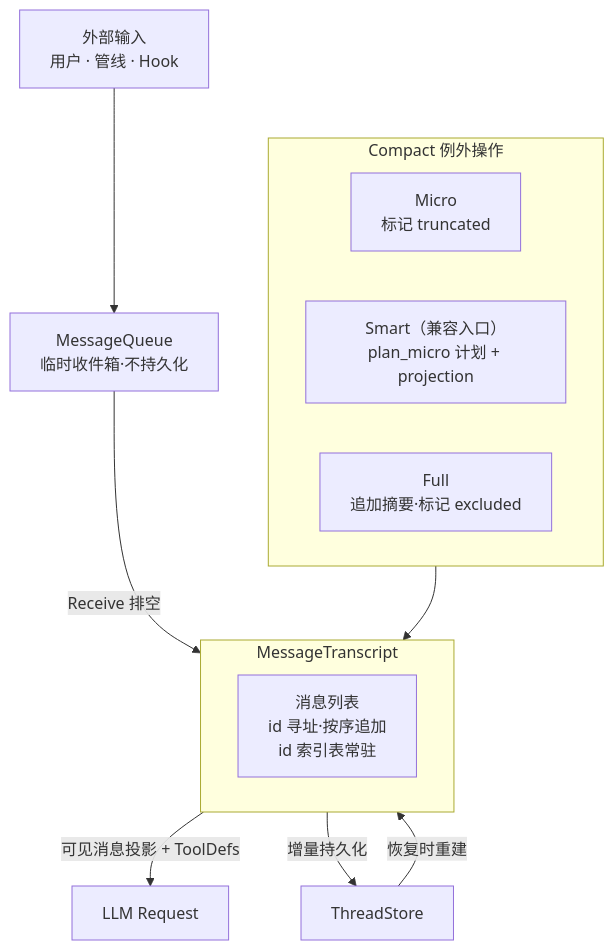
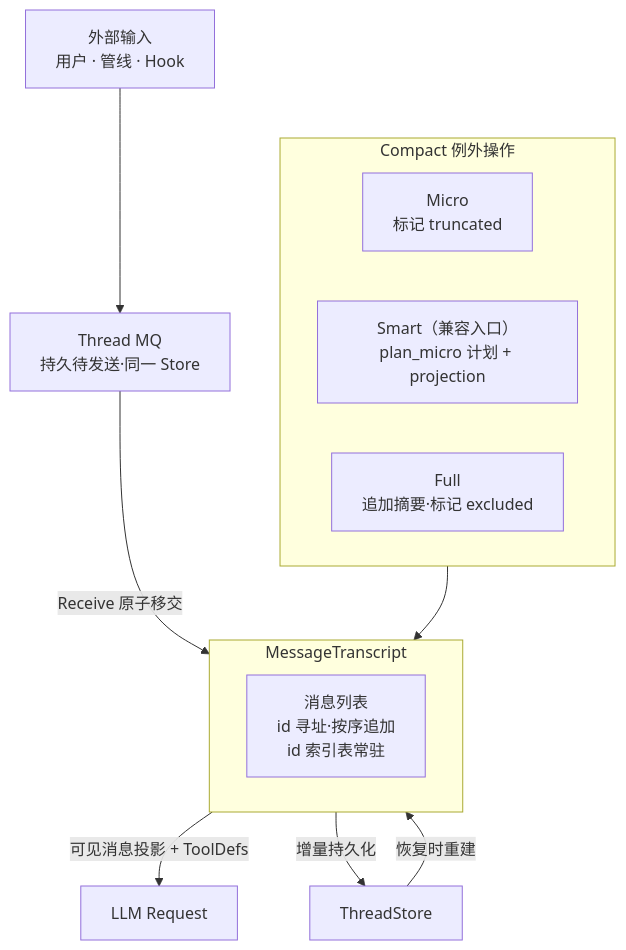
The diagram in docs/design/message-transcript.md (KonghaYao/peri), drawn with Mermaid before and after one commit. The commit also changed other lines of this file and 325 other files, not shown here.

First line of the commit message:
feat(session): Thread MQ 持久收件箱、会话工作意图与进入时恢复 (#330)

````diff
--- a/docs/design/message-transcript.md
+++ b/docs/design/message-transcript.md
@@ -22,24 +22,24 @@
 ```mermaid
 graph TB
     EXT["外部输入<br/>用户 · 管线 · Hook"]
     EXT --> MQ
 
-    MQ["MessageQueue<br/>临时收件箱·不持久化"] -->|"Receive 排空"| TRANSCRIPT
+    MQ["Thread MQ<br/>持久待发送·同一 Store"] -->|"Receive 原子移交"| TRANSCRIPT
 
     subgraph TRANSCRIPT["MessageTranscript"]
         MSGS["消息列表<br/>id 寻址·按序追加<br/>id 索引表常驻"]
     end
 
     TRANSCRIPT -->|"可见消息投影 + ToolDefs"| LLM["LLM Request"]
     TRANSCRIPT -->|"增量持久化"| PERSIST["ThreadStore"]
 
     subgraph COMPACT["Compact 例外操作"]
         MICRO["Micro<br/>标记 truncated"]
         SMART["Smart（兼容入口）<br/>plan_micro 计划 + projection"]
         FULL["Full<br/>追加摘要·标记 excluded"]
     end
 
     COMPACT --> TRANSCRIPT
 
     PERSIST -->|"恢复时重建"| TRANSCRIPT
 ```
````
